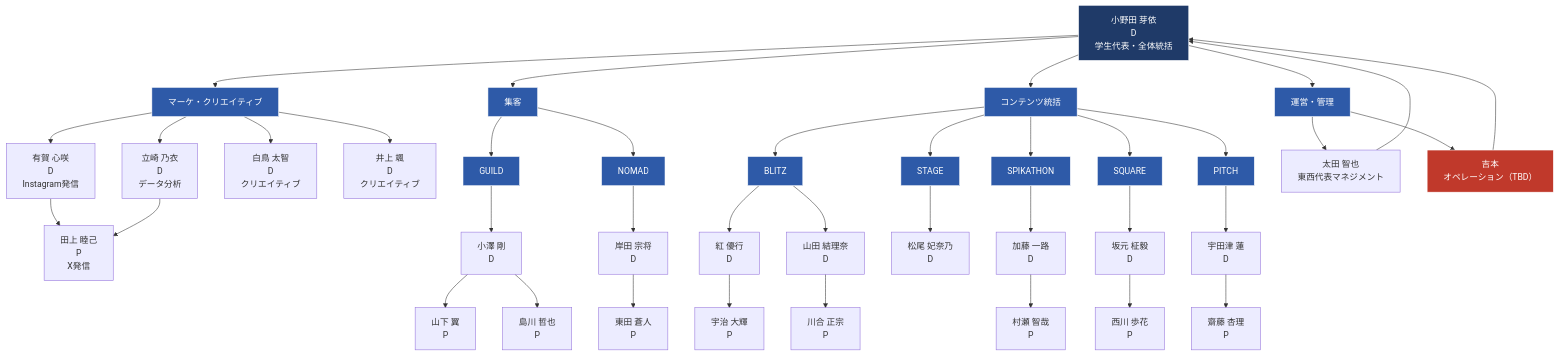
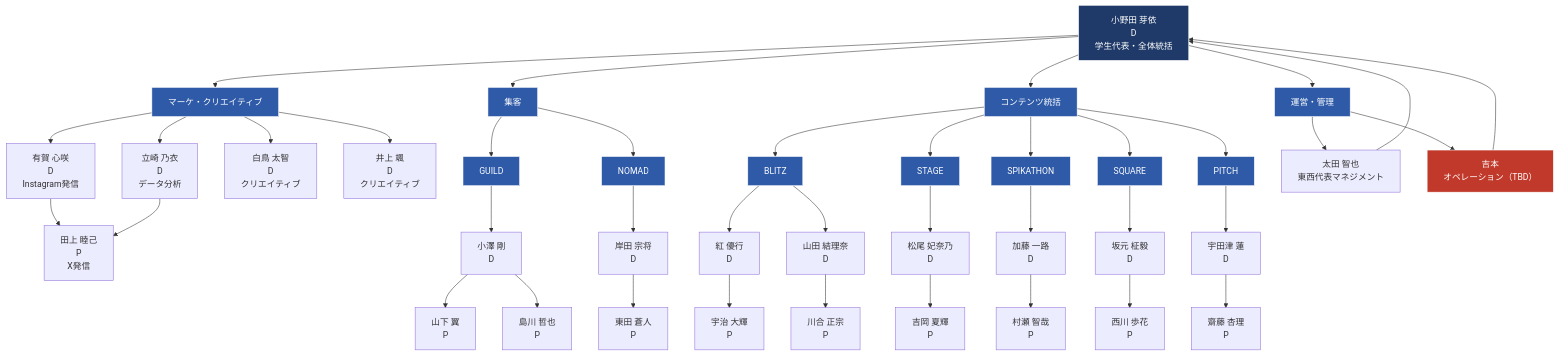
Before and after one commit to liofval/spikes_hr: the second of 3 diagrams in spikes-org-chart.md, drawn with Mermaid. The commit also changed other lines of this file and 1 other file, not shown here.

Commit message:
組織図: 吉岡夏輝を松尾（STAGE）配下のPとして追加

````diff
--- a/spikes-org-chart.md
+++ b/spikes-org-chart.md
@@ -25,59 +25,60 @@
 ```mermaid
 graph TD
     Onoda["小野田 芽依<br/>D<br/>学生代表・全体統括"]
 
     Onoda --> MktHQ["マーケ・クリエイティブ"]
     Onoda --> PromoHQ["集客"]
     Onoda --> ContentHQ["コンテンツ統括"]
     Onoda --> OpsHQ["運営・管理"]
 
     %% マーケ・クリエイティブ
     MktHQ --> Aruga["有賀 心咲<br/>D<br/>Instagram発信"]
     MktHQ --> Tatsuzaki["立崎 乃衣<br/>D<br/>データ分析"]
     MktHQ --> Shiratori["白鳥 太智<br/>D<br/>クリエイティブ"]
     MktHQ --> Inoue["井上 颯<br/>D<br/>クリエイティブ"]
     Aruga --> Tagami["田上 睦己<br/>P<br/>X発信"]
     Tatsuzaki --> Tagami
 
     %% 集客
     PromoHQ --> GUILD["GUILD"]
     PromoHQ --> NOMAD["NOMAD"]
     GUILD --> Ozawa["小澤 剛<br/>D"]
     Ozawa --> Yamashita["山下 翼<br/>P"]
     Ozawa --> Shimakawa["島川 哲也<br/>P"]
     NOMAD --> Kishida["岸田 宗将<br/>D"]
     Kishida --> Azumada["東田 蒼人<br/>P"]
 
     %% コンテンツ
     ContentHQ --> BLITZ["BLITZ"]
     ContentHQ --> STAGE["STAGE"]
     ContentHQ --> SPIKATHON["SPIKATHON"]
     ContentHQ --> SQUARE["SQUARE"]
     ContentHQ --> PITCH["PITCH"]
     BLITZ --> Kurenai["紅 優行<br/>D"]
     BLITZ --> Yamada["山田 結理奈<br/>D"]
     Kurenai --> Uji["宇治 大輝<br/>P"]
     Yamada --> Kawai["川合 正宗<br/>P"]
     STAGE --> Matsuo["松尾 妃奈乃<br/>D"]
+    Matsuo --> Yoshioka["吉岡 夏輝<br/>P"]
     SPIKATHON --> Kato["加藤 一路<br/>D"]
     Kato --> Murase["村瀬 智哉<br/>P"]
     SQUARE --> Sakamoto["坂元 柾毅<br/>D"]
     Sakamoto --> Nishikawa["西川 歩花<br/>P"]
     PITCH --> Udatsu["宇田津 蓮<br/>D"]
     Udatsu --> Saito["齋藤 杏理<br/>P"]
 
     %% 運営・管理
     OpsHQ --> Ota["太田 智也<br/>東西代表マネジメント"]
     OpsHQ --> Yoshimoto["吉本<br/>オペレーション（TBD）"]
     Ota --> Onoda
     Yoshimoto --> Onoda
 
     classDef head fill:#1f3a68,stroke:#fff,color:#fff;
     classDef group fill:#2e5aa8,stroke:#fff,color:#fff;
     classDef tbd fill:#c0392b,stroke:#fff,color:#fff;
     class Onoda head;
     class MktHQ,PromoHQ,ContentHQ,OpsHQ group;
     class BLITZ,STAGE,SPIKATHON,SQUARE,PITCH group;
     class GUILD,NOMAD group;
     class Yoshimoto tbd;
 ```
````
